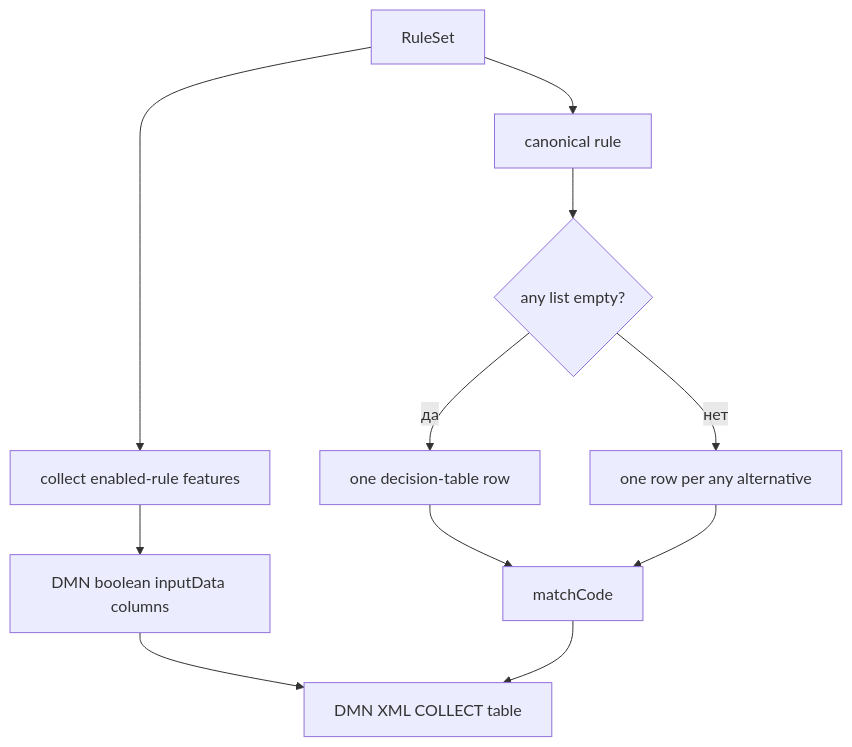
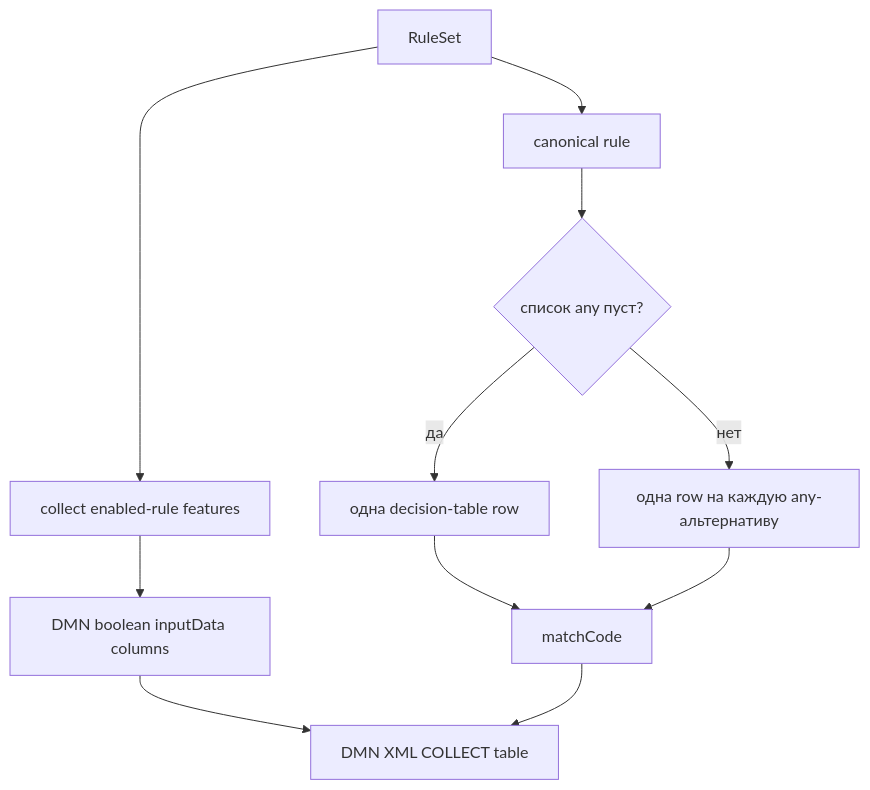
One commit to GAbra/itam-asset-typing-benchmark changed the sixth of 9 diagrams in docs/ENGINE_IMPLEMENTATION_RU.md. Above: the diagram before and after it, drawn with Mermaid. The commit also changed other lines of this file, not shown here.

Commit message:
Fix Mermaid syntax in Russian engine implementation

````diff
--- a/docs/ENGINE_IMPLEMENTATION_RU.md
+++ b/docs/ENGINE_IMPLEMENTATION_RU.md
@@ -267,13 +209,13 @@
 ```mermaid
 flowchart TD
-    RS[RuleSet] --> F[collect enabled-rule features]
-    F --> IN[DMN boolean inputData columns]
-    RS --> ROW[canonical rule]
-    ROW --> ANY{any list empty?}
-    ANY -->|да| ONE[one decision-table row]
-    ANY -->|нет| MANY[one row per any alternative]
-    ONE --> CODE[matchCode]
+    RS["RuleSet"] --> F["collect enabled-rule features"]
+    F --> IN["DMN boolean inputData columns"]
+    RS --> ROW["canonical rule"]
+    ROW --> ANY{"список any пуст?"}
+    ANY -->|да| ONE["одна decision-table row"]
+    ANY -->|нет| MANY["одна row на каждую any-альтернативу"]
+    ONE --> CODE["matchCode"]
     MANY --> CODE
-    IN --> XML[DMN XML COLLECT table]
+    IN --> XML["DMN XML COLLECT table"]
     CODE --> XML
 ```
````
